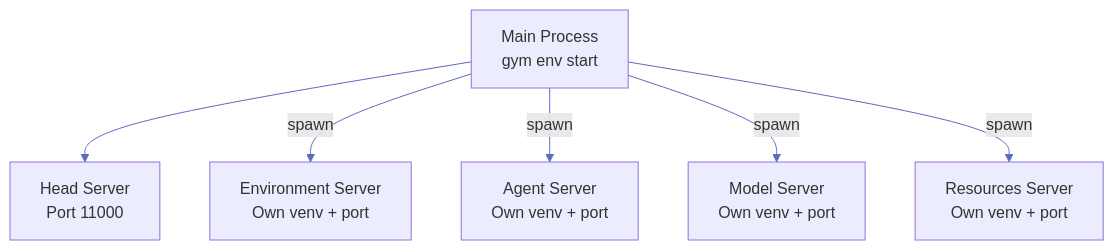
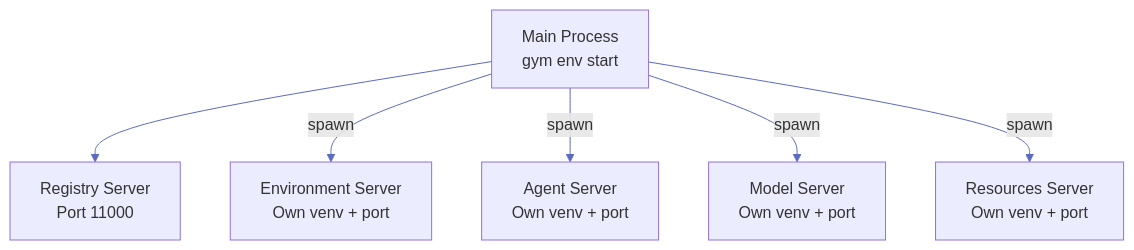
Before and after one commit to NVIDIA-NeMo/Gym: the second of 4 diagrams in fern/versions/latest/pages/infrastructure/engineering-notes/system-design.mdx, drawn with Mermaid. The commit also changed other lines of this file and 109 other files, not shown here.

````diff
--- a/fern/versions/latest/pages/infrastructure/engineering-notes/system-design.mdx
+++ b/fern/versions/latest/pages/infrastructure/engineering-notes/system-design.mdx
@@ -73,16 +73,16 @@
 ```mermaid
 %%{init: {'theme': 'default', 'themeVariables': { 'lineColor': '#5c6bc0', 'primaryTextColor': '#333'}}}%%
 flowchart TB
     Main["Main Process<br/>gym env start"]
-    Head["Head Server<br/>Port 11000"]
+    Registry["Registry Server<br/>Port 11000"]
     Env["Environment Server<br/>Own venv + port"]
     Agent["Agent Server<br/>Own venv + port"]
     Model["Model Server<br/>Own venv + port"]
     Resources["Resources Server<br/>Own venv + port"]
 
-    Main --> Head
+    Main --> Registry
     Main -->|spawn| Env
     Main -->|spawn| Agent
     Main -->|spawn| Model
     Main -->|spawn| Resources
 ```
````
